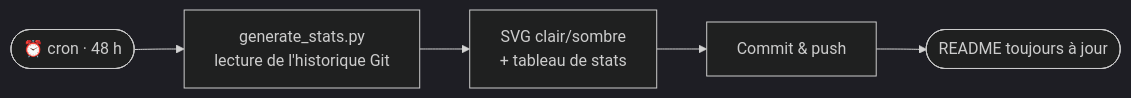
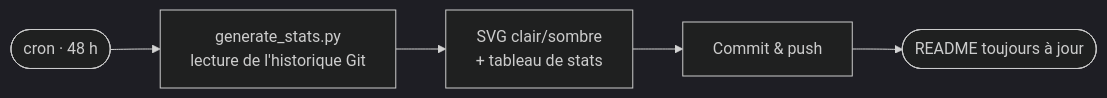
Before and after one commit to BastienLebrou/portefolio_project: the tenth of 10 diagrams in README.md, drawn with Mermaid (dark theme). The commit also changed other lines of this file, not shown here.

````diff
--- a/README.md
+++ b/README.md
@@ -378,7 +433,7 @@
 ```mermaid
 flowchart LR
-    A([⏰ cron · 48 h]) --> B[generate_stats.py<br/>lecture de l'historique Git]
+    A([cron · 48 h]) --> B[generate_stats.py<br/>lecture de l'historique Git]
     B --> C[SVG clair/sombre<br/>+ tableau de stats]
     C --> D[Commit & push]
     D --> E([README toujours à jour])
 ```
````
